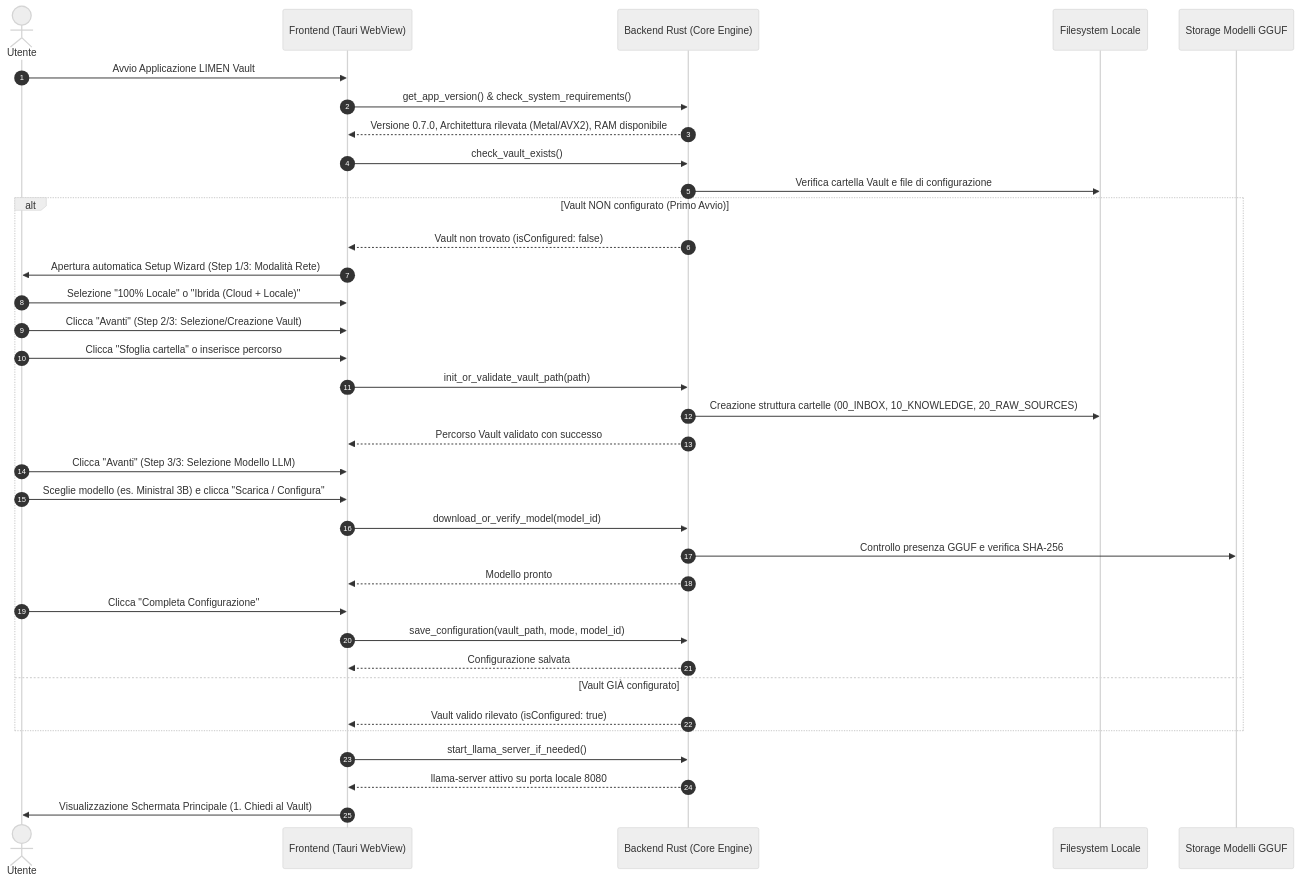
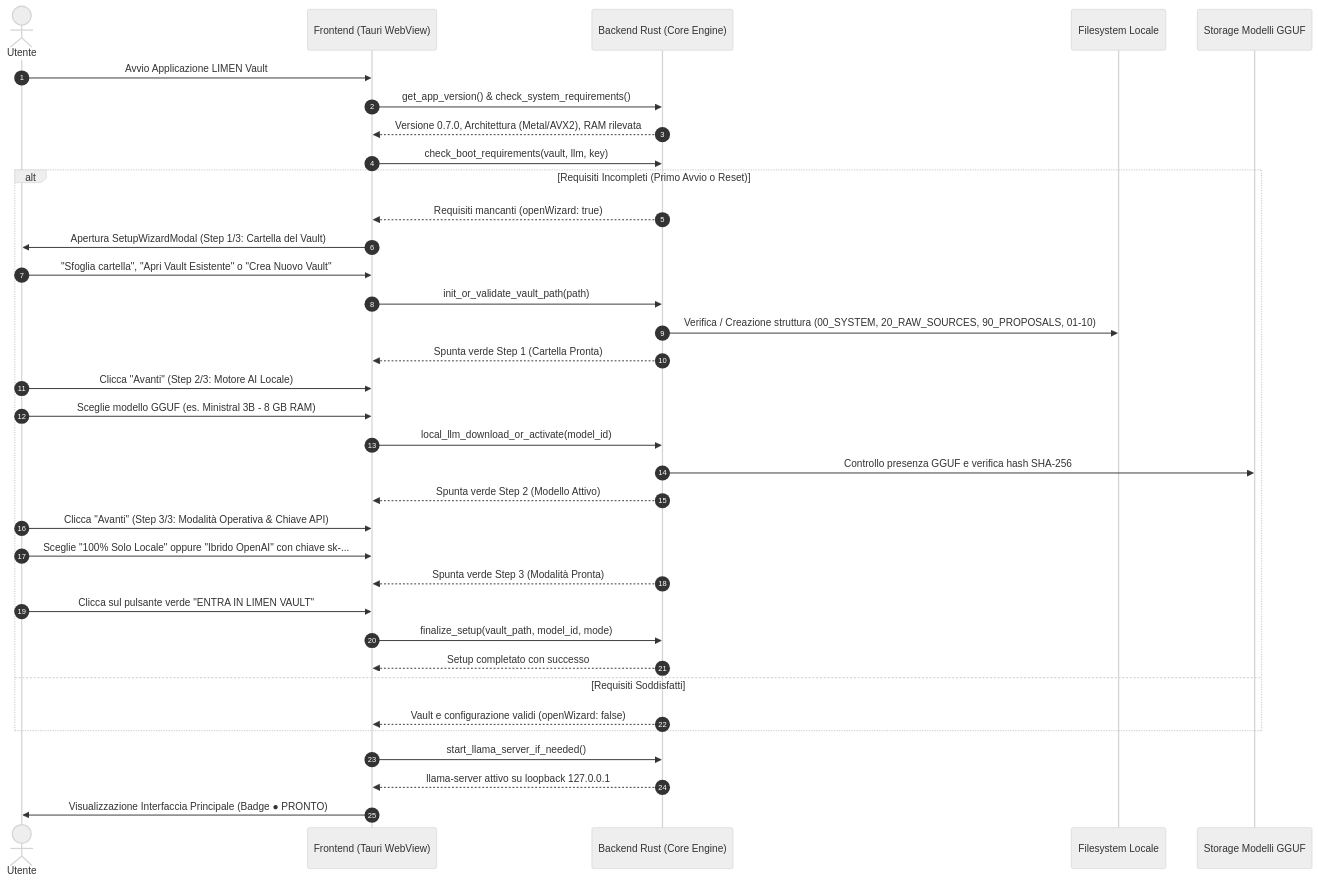
One commit to Arkai-Italia/Limen-vault changed the diagram in DOCUMENTATION_SOURCE_PACKAGE/04_MERMAID/AUTH_LIFECYCLE.mmd. Above: the diagram before and after it, drawn with Mermaid (neutral theme). The commit also changed 41 other files, not shown here.

```diff
--- a/DOCUMENTATION_SOURCE_PACKAGE/04_MERMAID/AUTH_LIFECYCLE.mmd
+++ b/DOCUMENTATION_SOURCE_PACKAGE/04_MERMAID/AUTH_LIFECYCLE.mmd
@@ -1,38 +1,38 @@
 sequenceDiagram
     autonumber
     actor Utente
     participant App as Frontend (Tauri WebView)
     participant Core as Backend Rust (Core Engine)
     participant FS as Filesystem Locale
     participant Model as Storage Modelli GGUF
 
     Utente->>App: Avvio Applicazione LIMEN Vault
     App->>Core: get_app_version() & check_system_requirements()
-    Core-->>App: Versione 0.7.0, Architettura rilevata (Metal/AVX2), RAM disponibile
-    App->>Core: check_vault_exists()
-    Core->>FS: Verifica cartella Vault e file di configurazione
+    Core-->>App: Versione 0.7.0, Architettura (Metal/AVX2), RAM rilevata
+    App->>Core: check_boot_requirements(vault, llm, key)
 
-    alt Vault NON configurato (Primo Avvio)
-        Core-->>App: Vault non trovato (isConfigured: false)
-        App->>Utente: Apertura automatica Setup Wizard (Step 1/3: Modalità Rete)
-        Utente->>App: Selezione "100% Locale" o "Ibrida (Cloud + Locale)"
-        Utente->>App: Clicca "Avanti" (Step 2/3: Selezione/Creazione Vault)
-        Utente->>App: Clicca "Sfoglia cartella" o inserisce percorso
+    alt Requisiti Incompleti (Primo Avvio o Reset)
+        Core-->>App: Requisiti mancanti (openWizard: true)
+        App->>Utente: Apertura SetupWizardModal (Step 1/3: Cartella del Vault)
+        Utente->>App: "Sfoglia cartella", "Apri Vault Esistente" o "Crea Nuovo Vault"
         App->>Core: init_or_validate_vault_path(path)
-        Core->>FS: Creazione struttura cartelle (00_INBOX, 10_KNOWLEDGE, 20_RAW_SOURCES)
-        Core-->>App: Percorso Vault validato con successo
-        Utente->>App: Clicca "Avanti" (Step 3/3: Selezione Modello LLM)
-        Utente->>App: Sceglie modello (es. Ministral 3B) e clicca "Scarica / Configura"
-        App->>Core: download_or_verify_model(model_id)
-        Core->>Model: Controllo presenza GGUF e verifica SHA-256
-        Core-->>App: Modello pronto
-        Utente->>App: Clicca "Completa Configurazione"
-        App->>Core: save_configuration(vault_path, mode, model_id)
-        Core-->>App: Configurazione salvata
-    else Vault GIÀ configurato
-        Core-->>App: Vault valido rilevato (isConfigured: true)
+        Core->>FS: Verifica / Creazione struttura (00_SYSTEM, 20_RAW_SOURCES, 90_PROPOSALS, 01-10)
+        Core-->>App: Spunta verde Step 1 (Cartella Pronta)
+        Utente->>App: Clicca "Avanti" (Step 2/3: Motore AI Locale)
+        Utente->>App: Sceglie modello GGUF (es. Ministral 3B - 8 GB RAM)
+        App->>Core: local_llm_download_or_activate(model_id)
+        Core->>Model: Controllo presenza GGUF e verifica hash SHA-256
+        Core-->>App: Spunta verde Step 2 (Modello Attivo)
+        Utente->>App: Clicca "Avanti" (Step 3/3: Modalità Operativa & Chiave API)
+        Utente->>App: Sceglie "100% Solo Locale" oppure "Ibrido OpenAI" con chiave sk-...
+        Core-->>App: Spunta verde Step 3 (Modalità Pronta)
+        Utente->>App: Clicca sul pulsante verde "ENTRA IN LIMEN VAULT"
+        App->>Core: finalize_setup(vault_path, model_id, mode)
+        Core-->>App: Setup completato con successo
+    else Requisiti Soddisfatti
+        Core-->>App: Vault e configurazione validi (openWizard: false)
     end
 
     App->>Core: start_llama_server_if_needed()
-    Core-->>App: llama-server attivo su porta locale 8080
-    App->>Utente: Visualizzazione Schermata Principale (1. Chiedi al Vault)
+    Core-->>App: llama-server attivo su loopback 127.0.0.1
+    App->>Utente: Visualizzazione Interfaccia Principale (Badge ● PRONTO)
```
